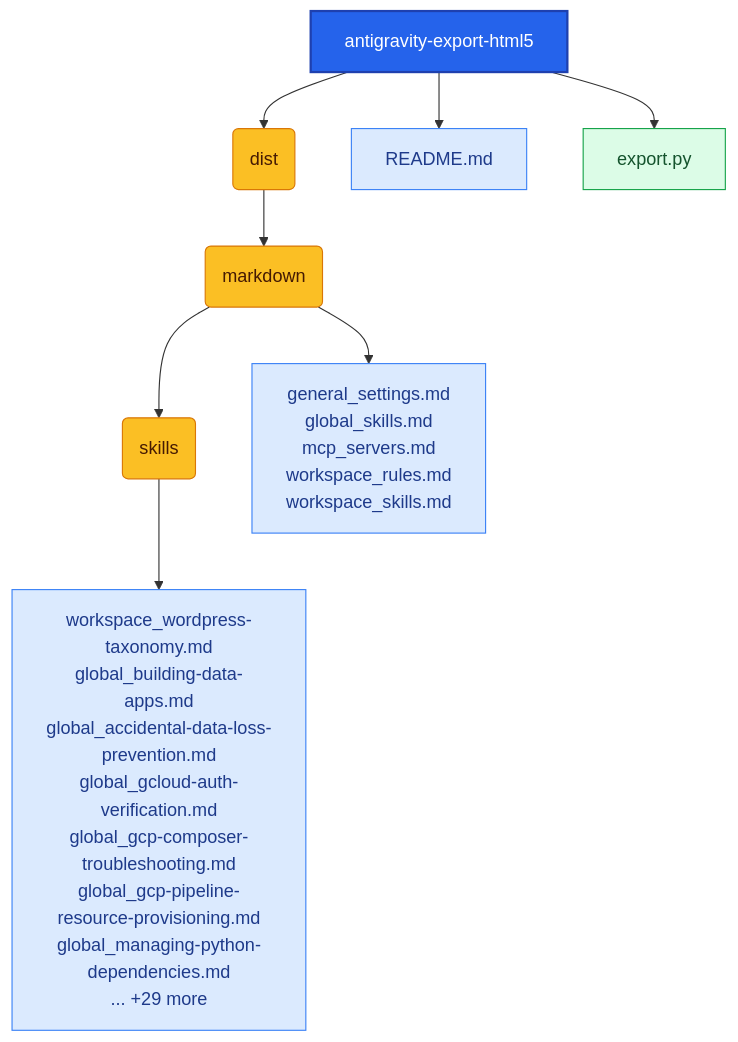
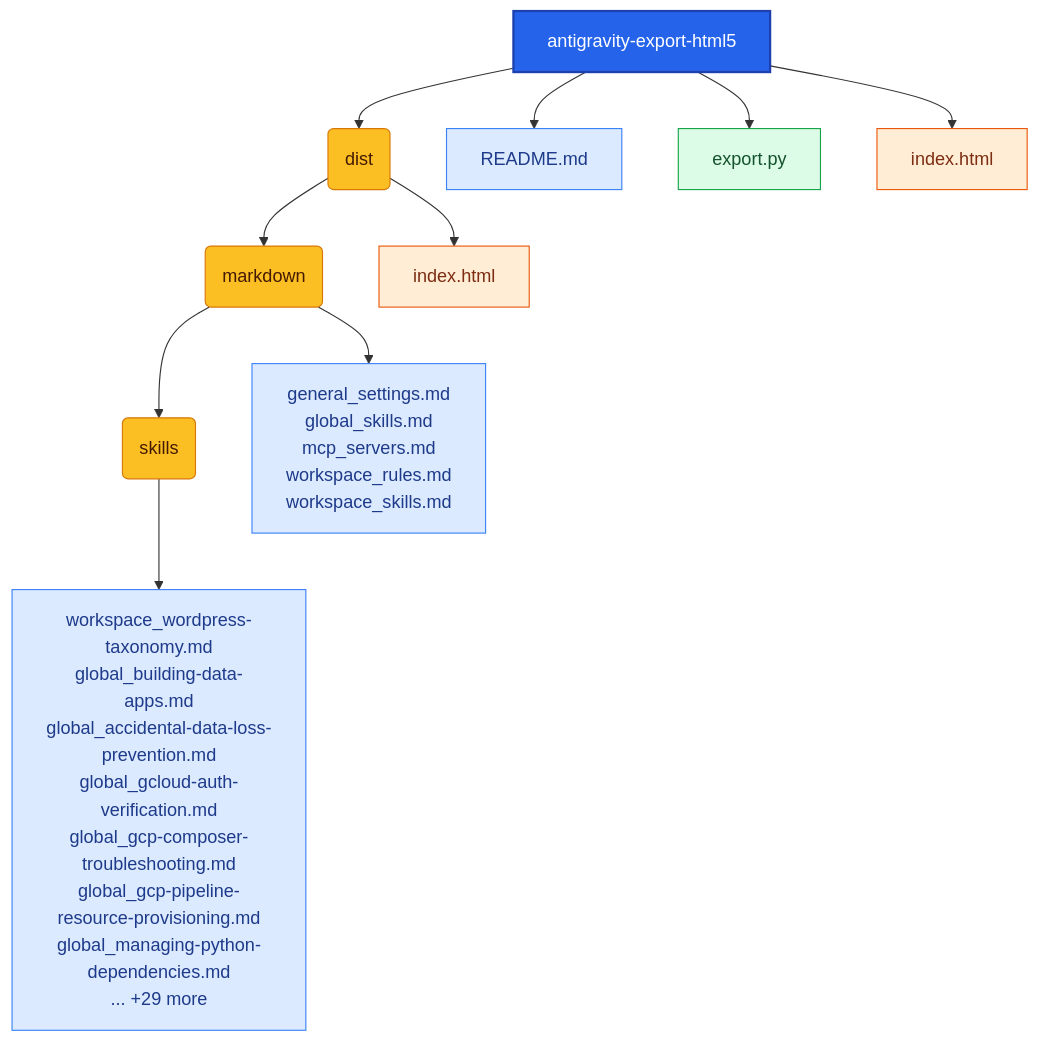
One commit to Richie086/scripts-public changed the diagram in projects/antigravity-export-html5/README.md. Above: the diagram before and after it, drawn with Mermaid. The commit also changed 11 other files, not shown here.

Commit message:
feat: keep index.html outside dist and copy it during build

````diff
--- a/projects/antigravity-export-html5/README.md
+++ b/projects/antigravity-export-html5/README.md
@@ -11,14 +11,17 @@
 ```mermaid
 graph TD
 	root["antigravity-export-html5"]:::root --> n1("dist"):::folder
 	root["antigravity-export-html5"]:::root --> n2["README.md"]:::file-md
 	root["antigravity-export-html5"]:::root --> n3["export.py"]:::file-py
+	root["antigravity-export-html5"]:::root --> n4["index.html"]:::file-html
 	n1 --> n1_1("markdown"):::folder
+	n1 --> n1_2["index.html"]:::file-html
 	n1_1 --> n1_1_1("skills"):::folder
 	n1_1 --> n1_1_6["general_settings.md<br>global_skills.md<br>mcp_servers.md<br>workspace_rules.md<br>workspace_skills.md"]:::file-md
 	n1_1_1 --> n1_1_1_36["workspace_wordpress-taxonomy.md<br>global_building-data-apps.md<br>global_accidental-data-loss-prevention.md<br>global_gcloud-auth-verification.md<br>global_gcp-composer-troubleshooting.md<br>global_gcp-pipeline-resource-provisioning.md<br>global_managing-python-dependencies.md<br>... +29 more"]:::file-md
 classDef root fill:#2563eb,stroke:#1e40af,stroke-width:2px,color:#ffffff;
 classDef folder fill:#fbbf24,stroke:#d97706,stroke-width:1px,color:#451a03;
+classDef file-html fill:#ffedd5,stroke:#ea580c,stroke-width:1px,color:#7c2d12;
 classDef file-md fill:#dbeafe,stroke:#3b82f6,stroke-width:1px,color:#1e3a8a;
 classDef file-py fill:#dcfce7,stroke:#16a34a,stroke-width:1px,color:#14532d;
 ```
````
